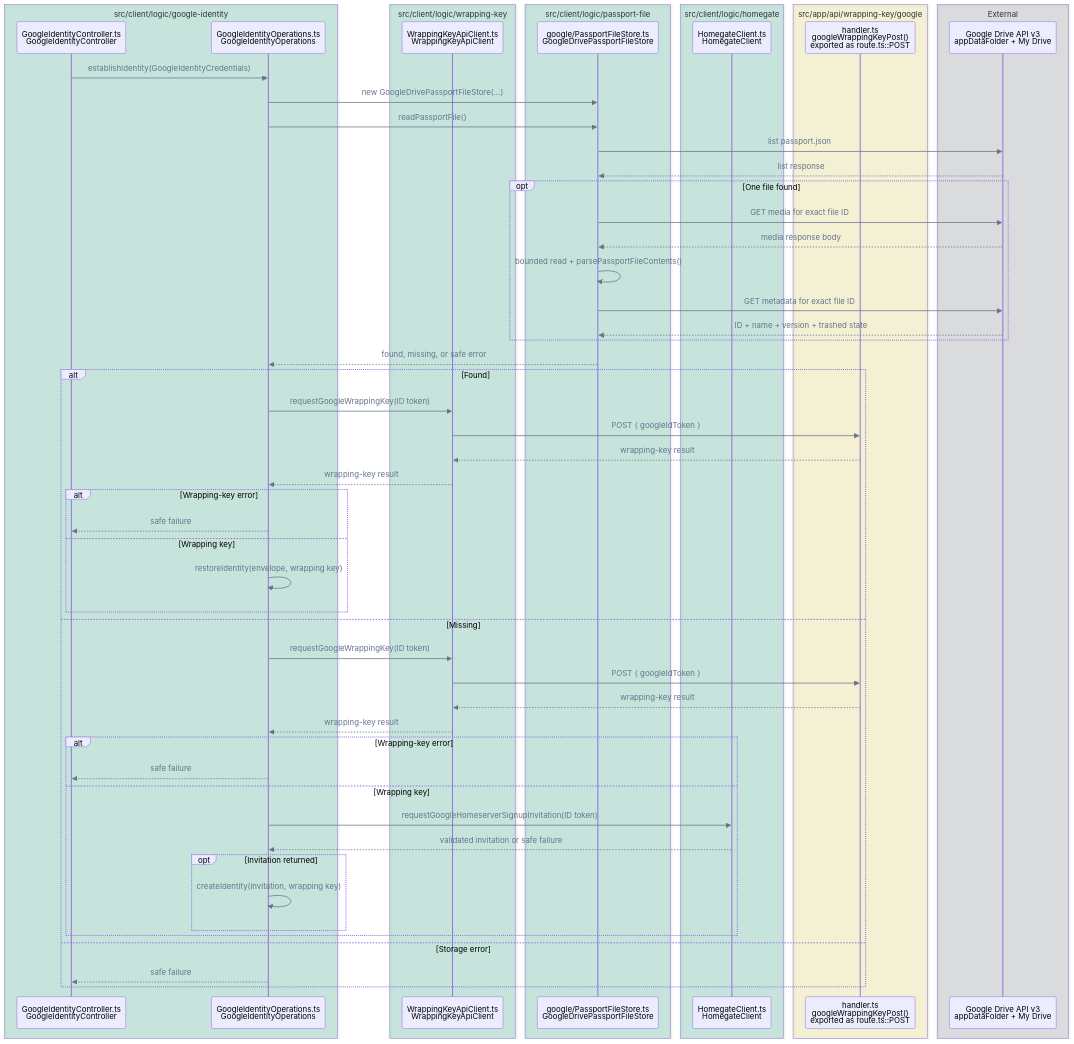
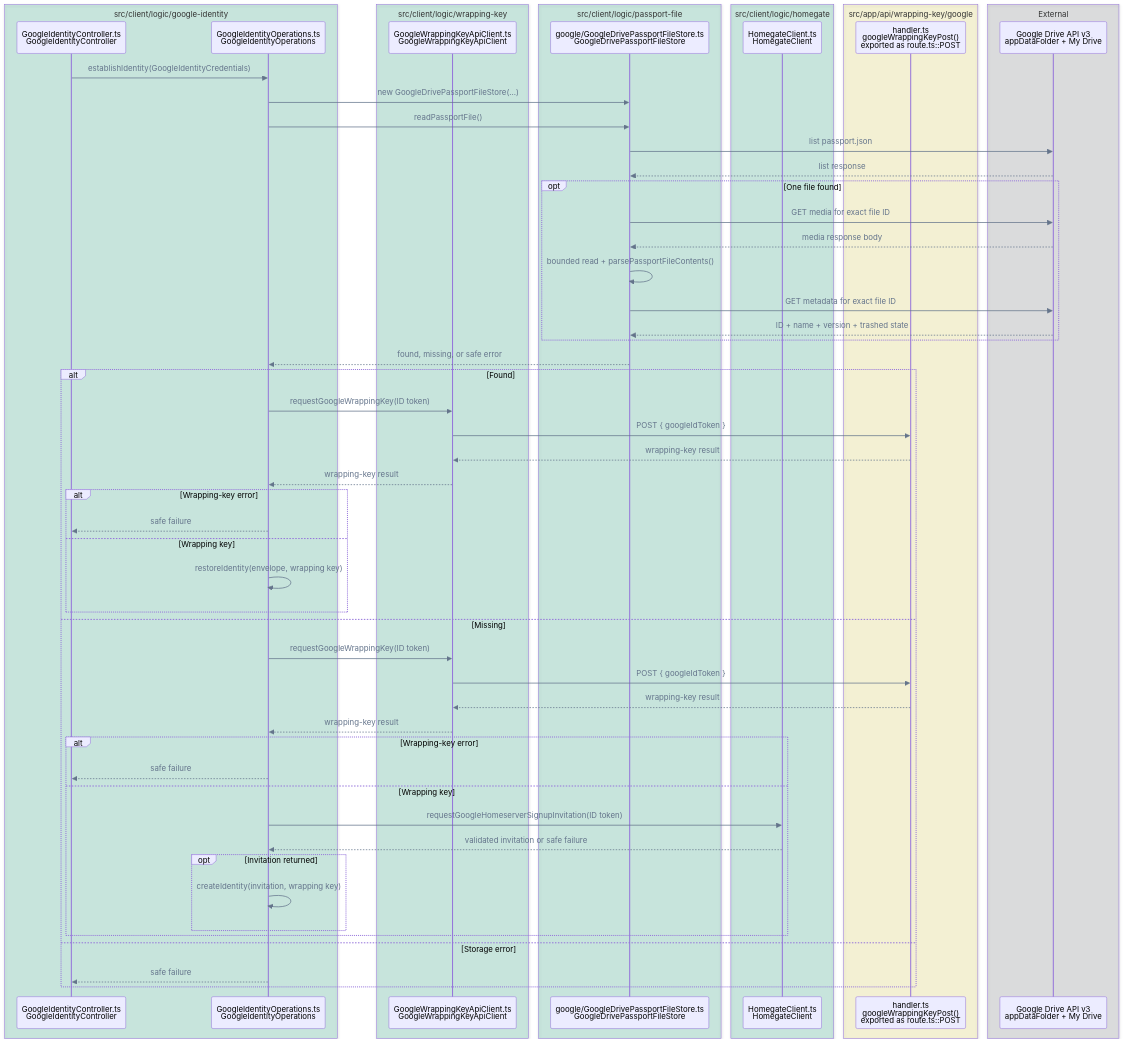
The eighth of 14 diagrams in FLOWS.md (pubky/pubky-passport), drawn with Mermaid before and after one commit. The commit also changed other lines of this file and 85 other files, not shown here.

````diff
--- a/FLOWS.md
+++ b/FLOWS.md
@@ -327,66 +327,66 @@
 ```mermaid
 %%{init: {"themeVariables": {"signalColor": "#64748B", "signalTextColor": "#64748B"}}}%%
 sequenceDiagram
     accTitle: Google-backed custody/recovery establishment call flow
     accDescr: GoogleIdentityOperations reads the Google Drive Passport file first, then requests a wrapping key and either restores the found identity or requests a Homegate invitation before creating a missing identity, without passing the wrapping key to Drive storage.
     box rgba(0, 158, 115, 0.18) src/client/logic/google-identity
         participant GoogleController as GoogleIdentityController.ts<br/>GoogleIdentityController
         participant Operations as GoogleIdentityOperations.ts<br/>GoogleIdentityOperations
     end
     box rgba(0, 158, 115, 0.18) src/client/logic/wrapping-key
-        participant Wrapping as WrappingKeyApiClient.ts<br/>WrappingKeyApiClient
+        participant Wrapping as GoogleWrappingKeyApiClient.ts<br/>GoogleWrappingKeyApiClient
     end
     box rgba(0, 158, 115, 0.18) src/client/logic/passport-file
-        participant DriveStore as google/PassportFileStore.ts<br/>GoogleDrivePassportFileStore
+        participant DriveStore as google/GoogleDrivePassportFileStore.ts<br/>GoogleDrivePassportFileStore
     end
     box rgba(0, 158, 115, 0.18) src/client/logic/homegate
         participant Invite as HomegateClient.ts<br/>HomegateClient
     end
     box rgba(240, 228, 66, 0.18) src/app/api/wrapping-key/google
         participant API as handler.ts<br/>googleWrappingKeyPost()<br/>exported as route.ts::POST
     end
     box rgba(17, 24, 39, 0.12) External
         participant Drive as Google Drive API v3<br/>appDataFolder + My Drive
     end
 
     GoogleController->>Operations: establishIdentity(GoogleIdentityCredentials)
     Operations->>DriveStore: new GoogleDrivePassportFileStore(...)
     Operations->>DriveStore: readPassportFile()
     DriveStore->>Drive: list passport.json
     Drive-->>DriveStore: list response
     opt One file found
         DriveStore->>Drive: GET media for exact file ID
         Drive-->>DriveStore: media response body
         DriveStore->>DriveStore: bounded read + parsePassportFileContents()
         DriveStore->>Drive: GET metadata for exact file ID
         Drive-->>DriveStore: ID + name + version + trashed state
     end
     DriveStore-->>Operations: found, missing, or safe error
     alt Found
         Operations->>Wrapping: requestGoogleWrappingKey(ID token)
         Wrapping->>API: POST { googleIdToken }
         API-->>Wrapping: wrapping-key result
         Wrapping-->>Operations: wrapping-key result
         alt Wrapping-key error
             Operations-->>GoogleController: safe failure
         else Wrapping key
             Operations->>Operations: restoreIdentity(envelope, wrapping key)
         end
     else Missing
         Operations->>Wrapping: requestGoogleWrappingKey(ID token)
         Wrapping->>API: POST { googleIdToken }
         API-->>Wrapping: wrapping-key result
         Wrapping-->>Operations: wrapping-key result
         alt Wrapping-key error
             Operations-->>GoogleController: safe failure
         else Wrapping key
             Operations->>Invite: requestGoogleHomeserverSignupInvitation(ID token)
             Invite-->>Operations: validated invitation or safe failure
             opt Invitation returned
                 Operations->>Operations: createIdentity(invitation, wrapping key)
             end
         end
     else Storage error
         Operations-->>GoogleController: safe failure
     end
 ```
````
